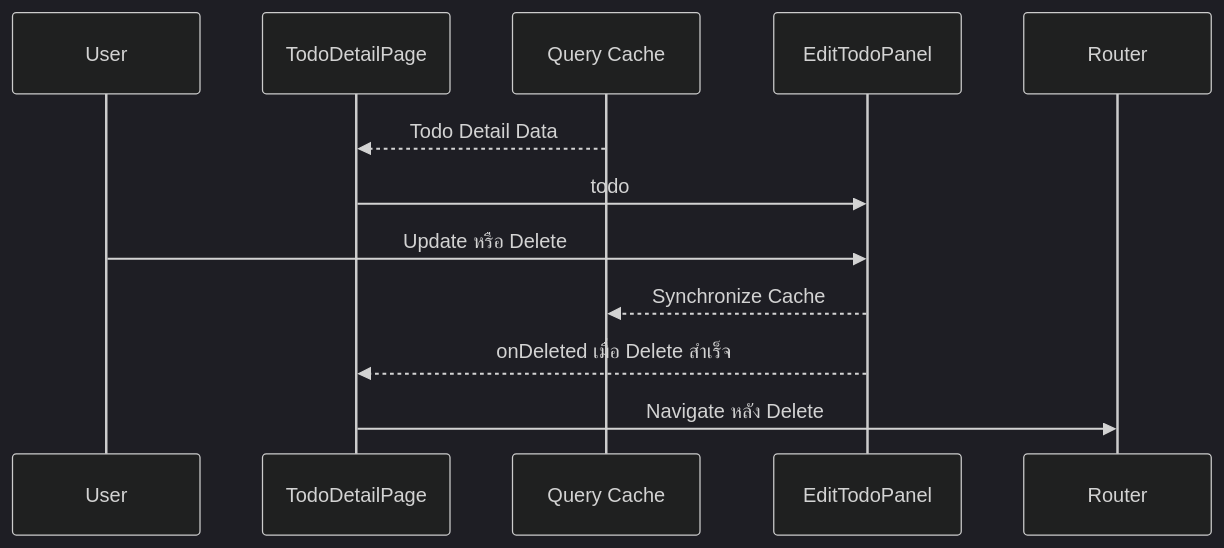
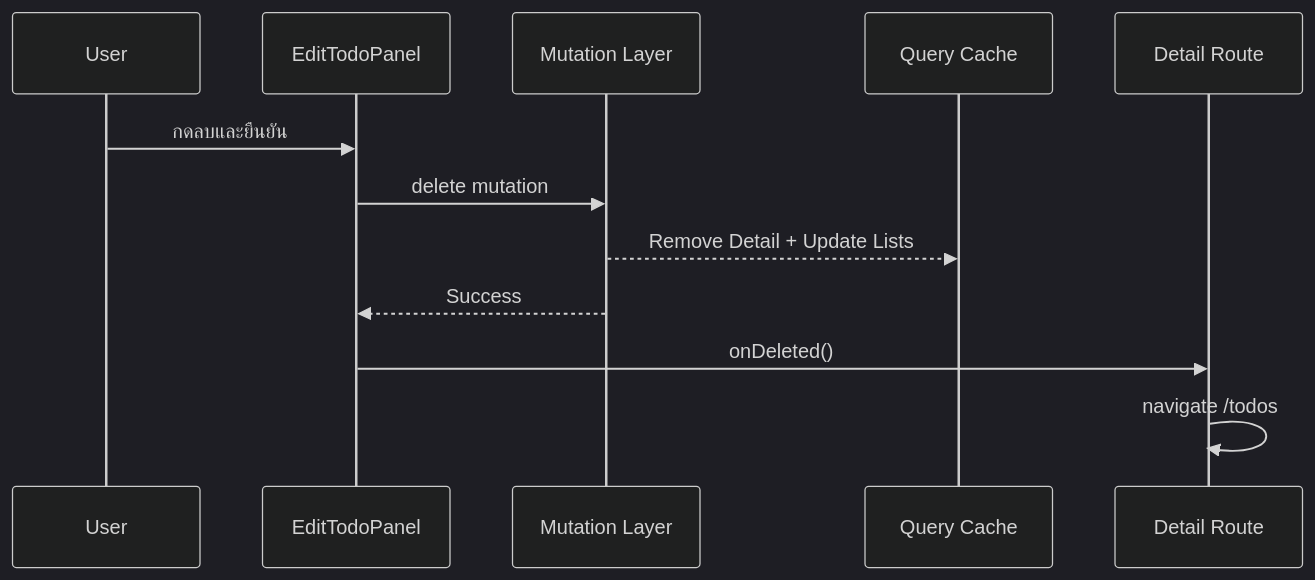
Before and after one commit to thehermitdev/tanstack-router-boilerplate: the seventh of 8 diagrams in docs/details/todos/pages-todo-detail-page.md, drawn with Mermaid (dark theme). The commit also changed other lines of this file, not shown here.

Commit message:
docs: explain todo detail page tutorial

````diff
--- a/docs/details/todos/pages-todo-detail-page.md
+++ b/docs/details/todos/pages-todo-detail-page.md
@@ -81,15 +551,15 @@
 ```mermaid
 sequenceDiagram
     participant U as User
-    participant P as TodoDetailPage
+    participant M as EditTodoPanel
+    participant A as Mutation Layer
     participant Q as Query Cache
-    participant M as EditTodoPanel
-    participant R as Router
+    participant R as Detail Route
 
-    Q-->>P: Todo Detail Data
-    P->>M: todo
-    U->>M: Update หรือ Delete
-    M-->>Q: Synchronize Cache
-    M-->>P: onDeleted เมื่อ Delete สำเร็จ
-    P->>R: Navigate หลัง Delete
+    U->>M: กดลบและยืนยัน
+    M->>A: delete mutation
+    A-->>Q: Remove Detail + Update Lists
+    A-->>M: Success
+    M->>R: onDeleted()
+    R->>R: navigate /todos
 ```
````
